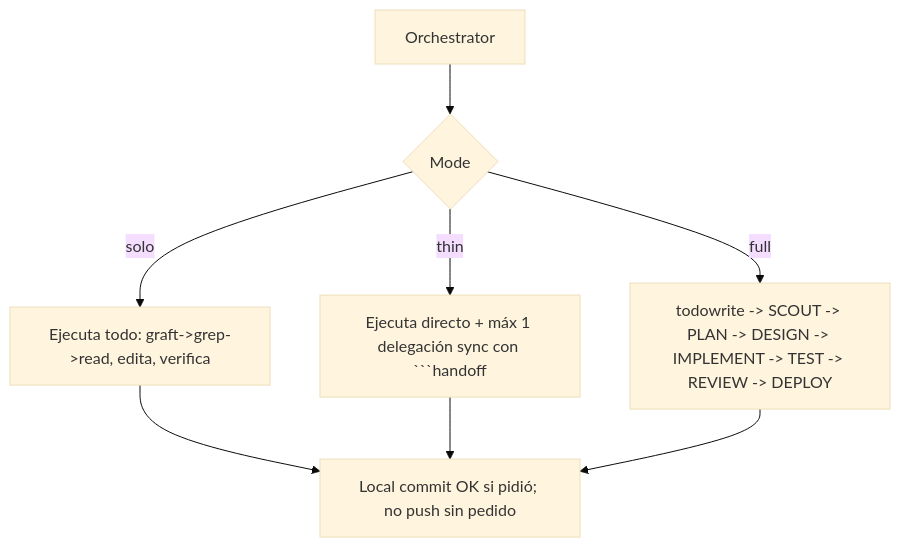
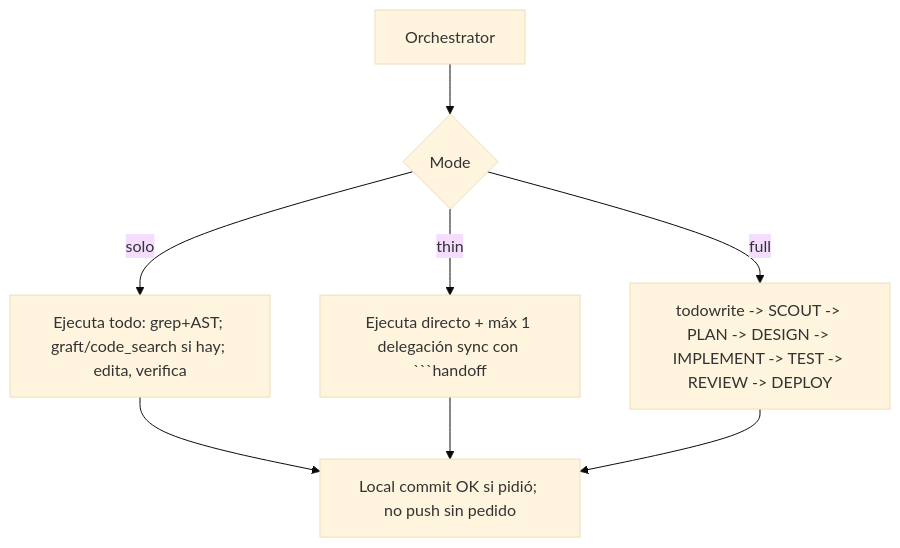
The third of 4 diagrams in docs/src/content/docs/agents/orchestrator.mdx (YoizenSA/dev-ai-workflow), drawn with Mermaid (base theme) before and after one commit. The commit also changed other lines of this file and 20 other files, not shown here.

````diff
--- a/docs/src/content/docs/agents/orchestrator.mdx
+++ b/docs/src/content/docs/agents/orchestrator.mdx
@@ -95,10 +95,10 @@
 ```mermaid
 flowchart TD
     O[Orchestrator] --> M{Mode}
-    M -->|solo| A[Ejecuta todo: graft->grep->read, edita, verifica]
+    M -->|solo| A[Ejecuta todo: grep+AST; graft/code_search si hay; edita, verifica]
     M -->|thin| B[Ejecuta directo + máx 1 delegación sync con ```handoff]
     M -->|full| C[todowrite -> SCOUT -> PLAN -> DESIGN -> IMPLEMENT -> TEST -> REVIEW -> DEPLOY]
     A --> D[Local commit OK si pidió; no push sin pedido]
     B --> D
     C --> D
 ```
````
